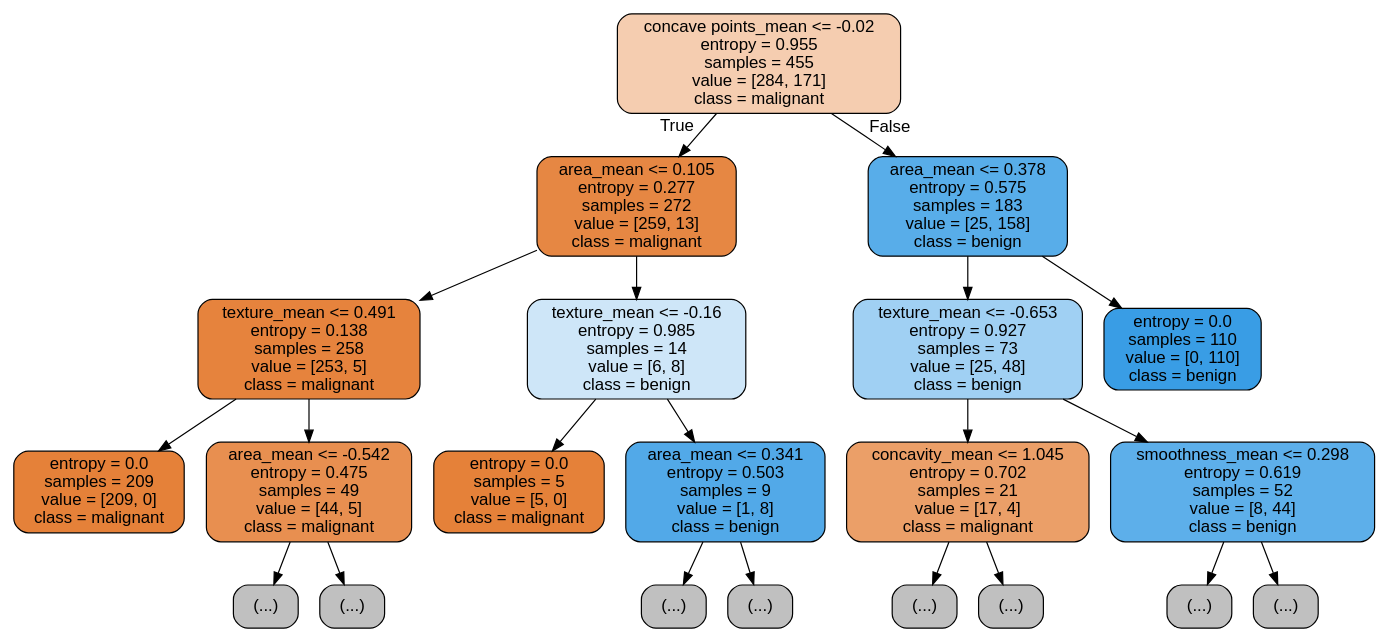
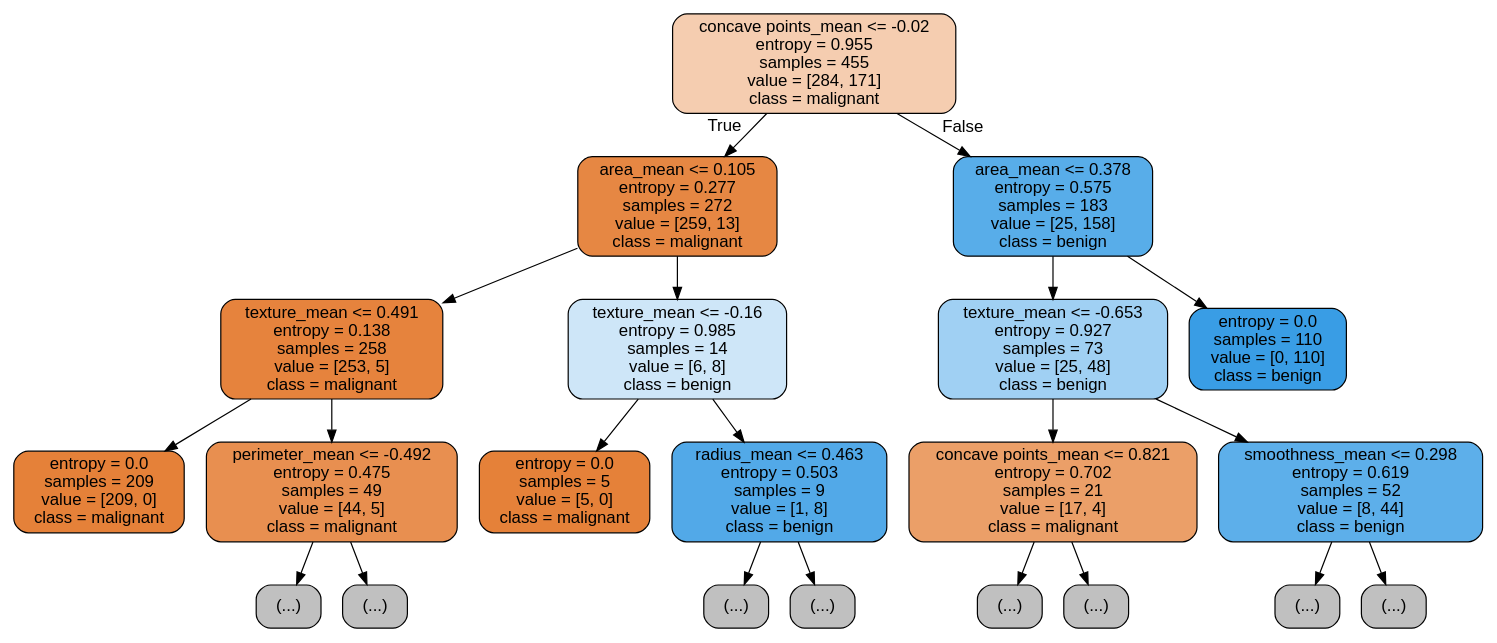
Before and after one commit to kaylee01/Assignment3-ML: the diagram in images/tree.dot, drawn with Graphviz. The commit also changed 1 other file, not shown here.

```diff
--- a/images/tree.dot
+++ b/images/tree.dot
@@ -1,45 +1,45 @@
 digraph Tree {
 node [shape=box, style="filled, rounded", color="black", fontname="helvetica"] ;
 edge [fontname="helvetica"] ;
 0 [label="concave points_mean <= -0.02\nentropy = 0.955\nsamples = 455\nvalue = [284, 171]\nclass = malignant", fillcolor="#f5cdb0"] ;
 1 [label="area_mean <= 0.105\nentropy = 0.277\nsamples = 272\nvalue = [259, 13]\nclass = malignant", fillcolor="#e68743"] ;
 0 -> 1 [labeldistance=2.5, labelangle=45, headlabel="True"] ;
 2 [label="texture_mean <= 0.491\nentropy = 0.138\nsamples = 258\nvalue = [253, 5]\nclass = malignant", fillcolor="#e6833d"] ;
 1 -> 2 ;
 3 [label="entropy = 0.0\nsamples = 209\nvalue = [209, 0]\nclass = malignant", fillcolor="#e58139"] ;
 2 -> 3 ;
-4 [label="area_mean <= -0.542\nentropy = 0.475\nsamples = 49\nvalue = [44, 5]\nclass = malignant", fillcolor="#e88f50"] ;
+4 [label="perimeter_mean <= -0.492\nentropy = 0.475\nsamples = 49\nvalue = [44, 5]\nclass = malignant", fillcolor="#e88f50"] ;
 2 -> 4 ;
 5 [label="(...)", fillcolor="#C0C0C0"] ;
 4 -> 5 ;
 6 [label="(...)", fillcolor="#C0C0C0"] ;
 4 -> 6 ;
 9 [label="texture_mean <= -0.16\nentropy = 0.985\nsamples = 14\nvalue = [6, 8]\nclass = benign", fillcolor="#cee6f8"] ;
 1 -> 9 ;
 10 [label="entropy = 0.0\nsamples = 5\nvalue = [5, 0]\nclass = malignant", fillcolor="#e58139"] ;
 9 -> 10 ;
-11 [label="area_mean <= 0.341\nentropy = 0.503\nsamples = 9\nvalue = [1, 8]\nclass = benign", fillcolor="#52a9e8"] ;
+11 [label="radius_mean <= 0.463\nentropy = 0.503\nsamples = 9\nvalue = [1, 8]\nclass = benign", fillcolor="#52a9e8"] ;
 9 -> 11 ;
 12 [label="(...)", fillcolor="#C0C0C0"] ;
 11 -> 12 ;
 13 [label="(...)", fillcolor="#C0C0C0"] ;
 11 -> 13 ;
 14 [label="area_mean <= 0.378\nentropy = 0.575\nsamples = 183\nvalue = [25, 158]\nclass = benign", fillcolor="#58ade9"] ;
 0 -> 14 [labeldistance=2.5, labelangle=-45, headlabel="False"] ;
 15 [label="texture_mean <= -0.653\nentropy = 0.927\nsamples = 73\nvalue = [25, 48]\nclass = benign", fillcolor="#a0d0f3"] ;
 14 -> 15 ;
-16 [label="concavity_mean <= 1.045\nentropy = 0.702\nsamples = 21\nvalue = [17, 4]\nclass = malignant", fillcolor="#eb9f68"] ;
+16 [label="concave points_mean <= 0.821\nentropy = 0.702\nsamples = 21\nvalue = [17, 4]\nclass = malignant", fillcolor="#eb9f68"] ;
 15 -> 16 ;
 17 [label="(...)", fillcolor="#C0C0C0"] ;
 16 -> 17 ;
 20 [label="(...)", fillcolor="#C0C0C0"] ;
 16 -> 20 ;
 21 [label="smoothness_mean <= 0.298\nentropy = 0.619\nsamples = 52\nvalue = [8, 44]\nclass = benign", fillcolor="#5dafea"] ;
 15 -> 21 ;
 22 [label="(...)", fillcolor="#C0C0C0"] ;
 21 -> 22 ;
 25 [label="(...)", fillcolor="#C0C0C0"] ;
 21 -> 25 ;
 28 [label="entropy = 0.0\nsamples = 110\nvalue = [0, 110]\nclass = benign", fillcolor="#399de5"] ;
 14 -> 28 ;
 }
```
